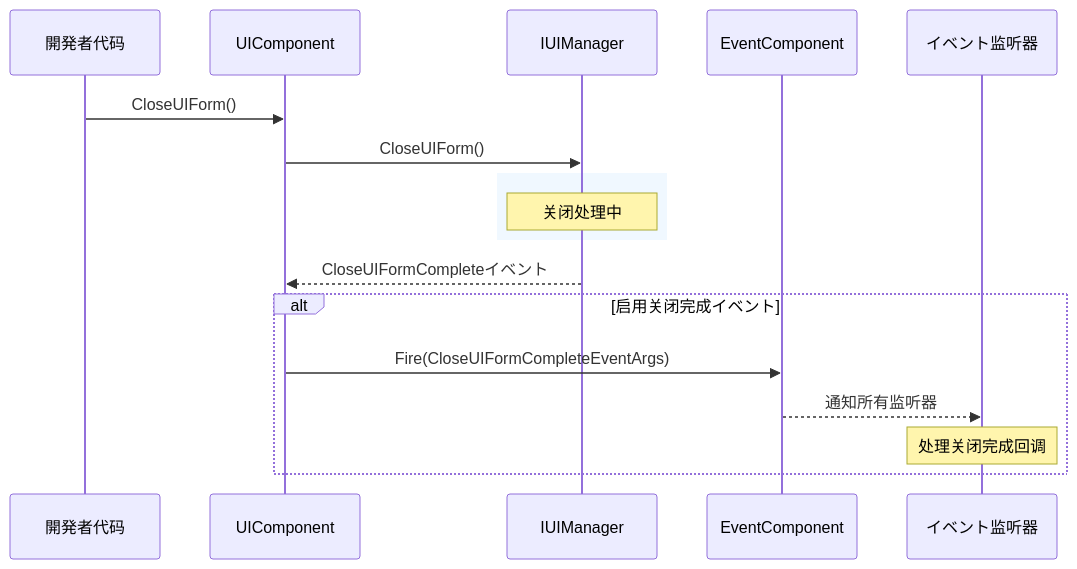
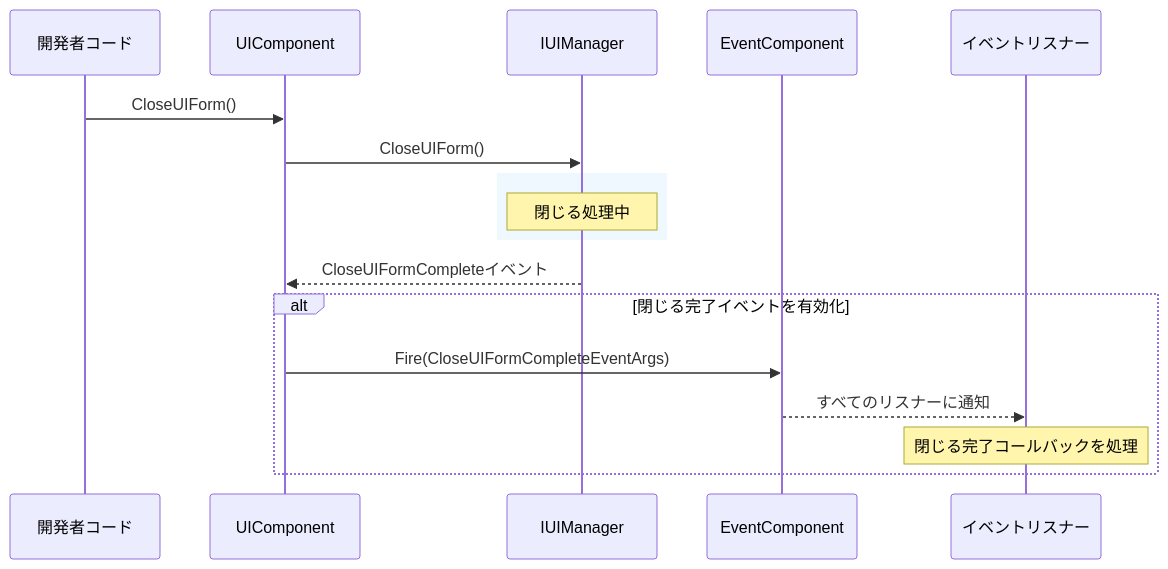
Before and after one commit to AlianBlank/GameFrameX.Docs: the third of 3 diagrams in docs/ja/client/unity/component/ui/08.event-system.md, drawn with Mermaid. The commit also changed other lines of this file and 320 other files, not shown here.

````diff
--- a/docs/ja/client/unity/component/ui/08.event-system.md
+++ b/docs/ja/client/unity/component/ui/08.event-system.md
@@ -468,22 +468,22 @@
 ```mermaid
 sequenceDiagram
-    participant User as 開発者代码
+    participant User as 開発者コード
     participant UIComp as UIComponent
     participant UIMgr as IUIManager
     participant EventComp as EventComponent
-    participant Listener as イベント监听器
+    participant Listener as イベントリスナー
     
     User->>UIComp: CloseUIForm()
     UIComp->>UIMgr: CloseUIForm()
     
     rect rgb(240, 248, 255)
-        Note over UIMgr: 关闭处理中
+        Note over UIMgr: 閉じる処理中
     end
     
     UIMgr-->>UIComp: CloseUIFormCompleteイベント
-    alt 启用关闭完成イベント
+    alt 閉じる完了イベントを有効化
         UIComp->>EventComp: Fire(CloseUIFormCompleteEventArgs)
-        EventComp-->>Listener: 通知所有监听器
-        Note over Listener: 处理关闭完成回调
+        EventComp-->>Listener: すべてのリスナーに通知
+        Note over Listener: 閉じる完了コールバックを処理
     end
 ```
````
